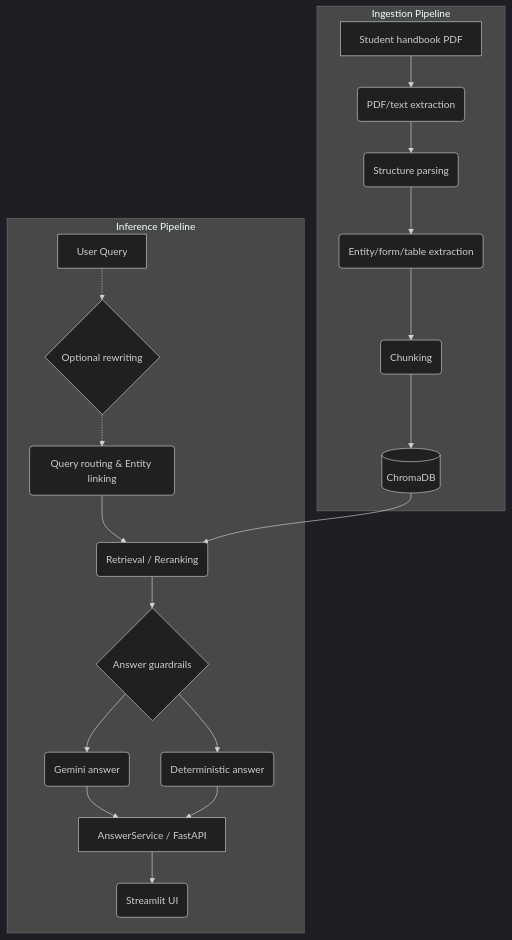
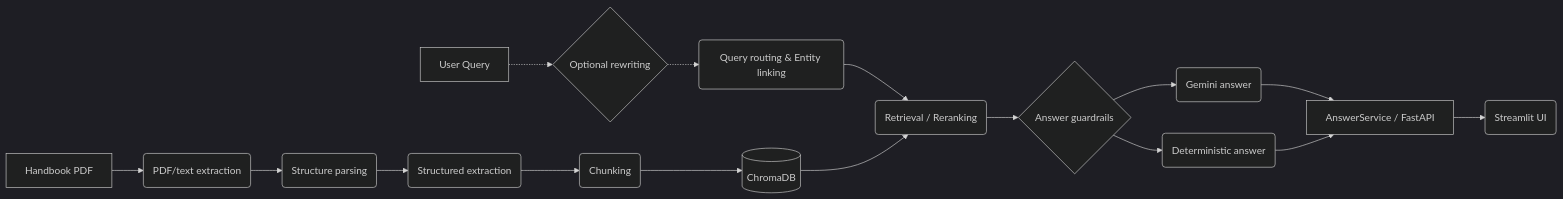
One commit to AnhPhiNe/student-handbook-rag-chatbot changed the diagram in README.md. Above: the diagram before and after it, drawn with Mermaid (dark theme).

Commit message:
docs: remove mermaid subgraphs for a unified and compact architecture layout

````diff
--- a/README.md
+++ b/README.md
@@ -43,23 +43,21 @@
 ```mermaid
-graph TD
-    subgraph Ingestion Pipeline
-        A[Student handbook PDF] --> B(PDF/text extraction)
-        B --> C(Structure parsing)
-        C --> D(Entity/form/table extraction)
-        D --> E(Chunking)
-        E --> F[(ChromaDB)]
-    end
-    
-    subgraph Inference Pipeline
-        Q[User Query] -.-> G{Optional rewriting}
-        G -.-> H(Query routing & Entity linking)
-        H --> I(Retrieval / Reranking)
-        F --> I
-        I --> J{Answer guardrails}
-        J --> K(Gemini answer)
-        J --> L(Deterministic answer)
-        K --> M[AnswerService / FastAPI]
-        L --> M
-        M --> N(Streamlit UI)
-    end
+graph LR
+    %% Ingestion Pipeline
+    A[Handbook PDF] --> B(PDF/text extraction)
+    B --> C(Structure parsing)
+    C --> D(Structured extraction)
+    D --> E(Chunking)
+    E --> F[(ChromaDB)]
+
+    %% Inference Pipeline
+    Q[User Query] -.-> G{Optional rewriting}
+    G -.-> H(Query routing & Entity linking)
+    H --> I(Retrieval / Reranking)
+    F --> I
+    I --> J{Answer guardrails}
+    J --> K(Gemini answer)
+    J --> L(Deterministic answer)
+    K --> M[AnswerService / FastAPI]
+    L --> M
+    M --> N(Streamlit UI)
 ```
````
